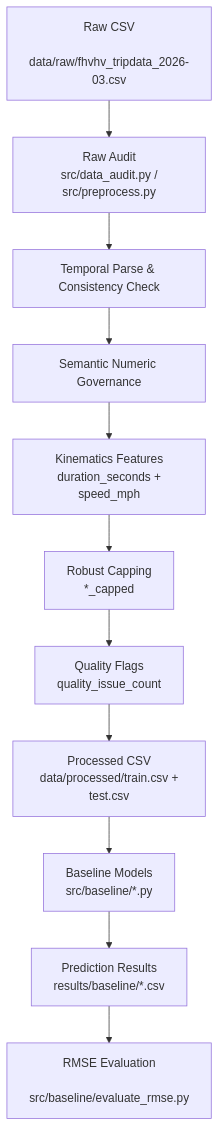
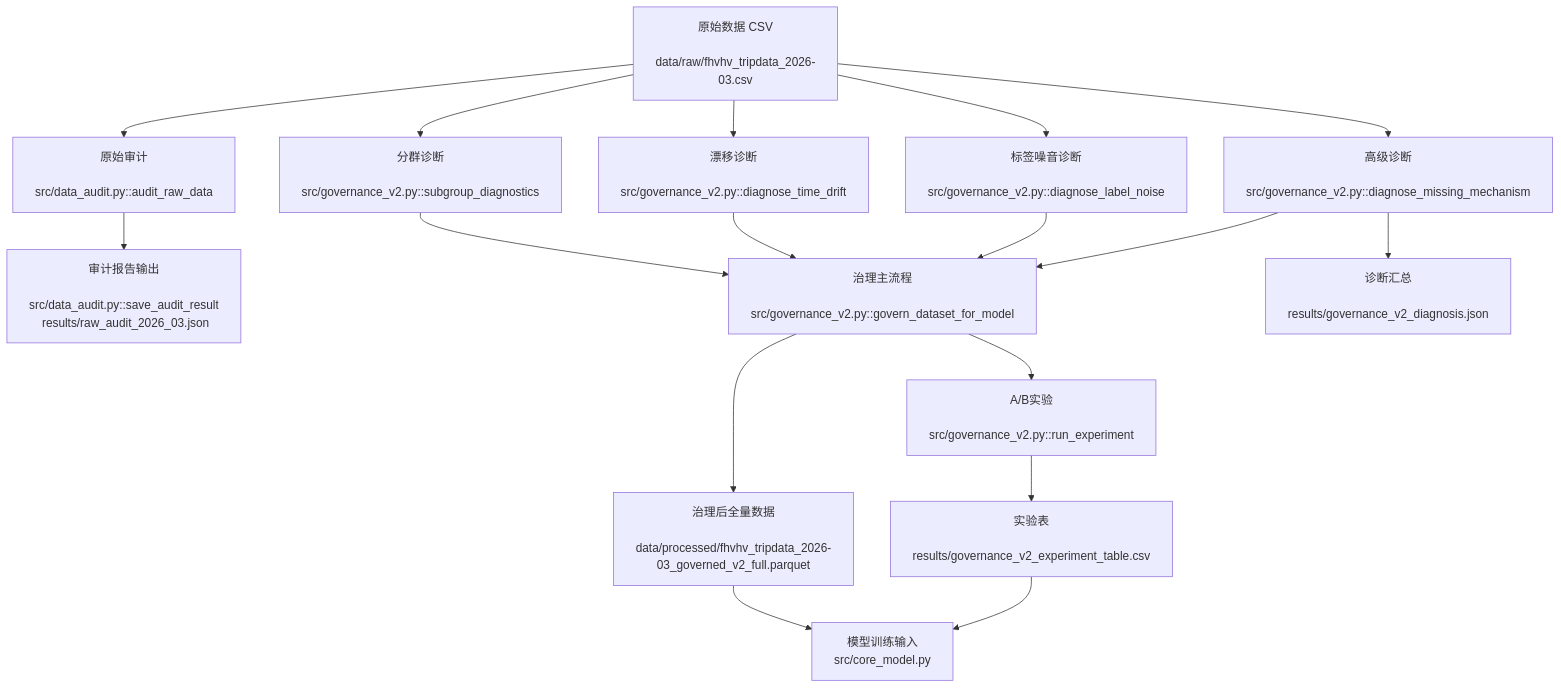
Before and after one commit to C-CH621/datamining-taxi-2026-ChiikaDD: the diagram in document/midterm/ChiikaDD.md, drawn with Mermaid. The commit also changed other lines of this file and 4 other files, not shown here.

````diff
--- a/document/midterm/ChiikaDD.md
+++ b/document/midterm/ChiikaDD.md
@@ -97,13 +71,19 @@
 ```mermaid
 flowchart TD
-    A[Raw CSV\n data/raw/fhvhv_tripdata_2026-03.csv] --> B[Raw Audit\n src/data_audit.py / src/preprocess.py]
-    B --> C[Temporal Parse & Consistency Check]
-    C --> D[Semantic Numeric Governance]
-    D --> E[Kinematics Features\n duration_seconds + speed_mph]
-    E --> F[Robust Capping\n *_capped]
-    F --> G[Quality Flags\n quality_issue_count]
-    G --> H[Processed CSV\n data/processed/train.csv + test.csv]
-    H --> I[Baseline Models\n src/baseline/*.py]
-    I --> J[Prediction Results\n results/baseline/*.csv]
-    J --> K[RMSE Evaluation\n src/baseline/evaluate_rmse.py]
+    A[原始数据 CSV\n data/raw/fhvhv_tripdata_2026-03.csv] --> B[原始审计\n src/data_audit.py::audit_raw_data]
+    B --> C[审计报告输出\n src/data_audit.py::save_audit_result\n results/raw_audit_2026_03.json]
+    A --> D[高级诊断\n src/governance_v2.py::diagnose_missing_mechanism]
+    A --> E[标签噪音诊断\n src/governance_v2.py::diagnose_label_noise]
+    A --> F[漂移诊断\n src/governance_v2.py::diagnose_time_drift]
+    A --> G[分群诊断\n src/governance_v2.py::subgroup_diagnostics]
+    D --> H[治理主流程\n src/governance_v2.py::govern_dataset_for_model]
+    E --> H
+    F --> H
+    G --> H
+    H --> I[治理后全量数据\n data/processed/fhvhv_tripdata_2026-03_governed_v2_full.parquet]
+    H --> J[A/B实验\n src/governance_v2.py::run_experiment]
+    J --> K[实验表\n results/governance_v2_experiment_table.csv]
+    D --> L[诊断汇总\n results/governance_v2_diagnosis.json]
+    K --> M[模型训练输入\n src/core_model.py]
+    I --> M
 ```
````
